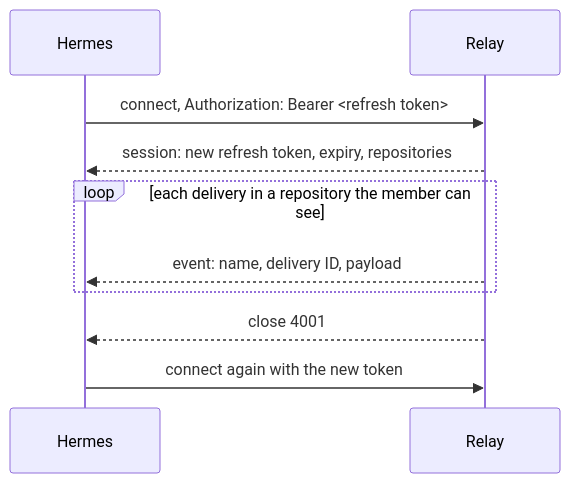
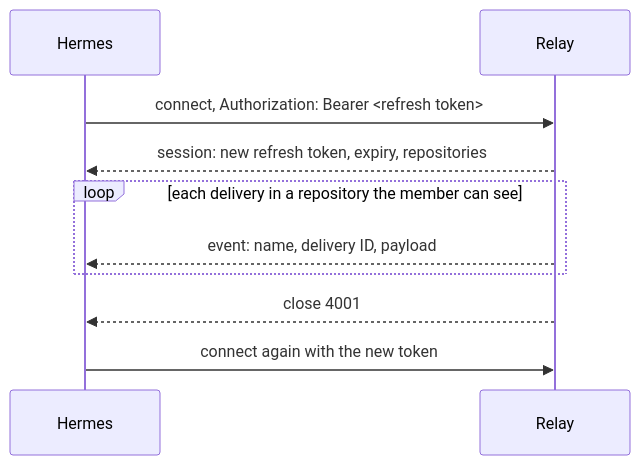
Before and after one commit to bojanrajkovic/hermes: the sixth of 6 diagrams in plans/relay-client.md, drawn with Mermaid. The commit also changed other lines of this file and 4 other files, not shown here.

````diff
--- a/plans/relay-client.md
+++ b/plans/relay-client.md
@@ -247,12 +273,12 @@
 ```mermaid
 sequenceDiagram
     participant H as Hermes
     participant R as Relay
-    H->>R: connect, Authorization: Bearer <refresh token>
+    H->>R: connect, Authorization: Bearer #lt;refresh token#gt;
     R-->>H: session: new refresh token, expiry, repositories
     loop each delivery in a repository the member can see
         R-->>H: event: name, delivery ID, payload
     end
     R-->>H: close 4001
     H->>R: connect again with the new token
 ```
````
